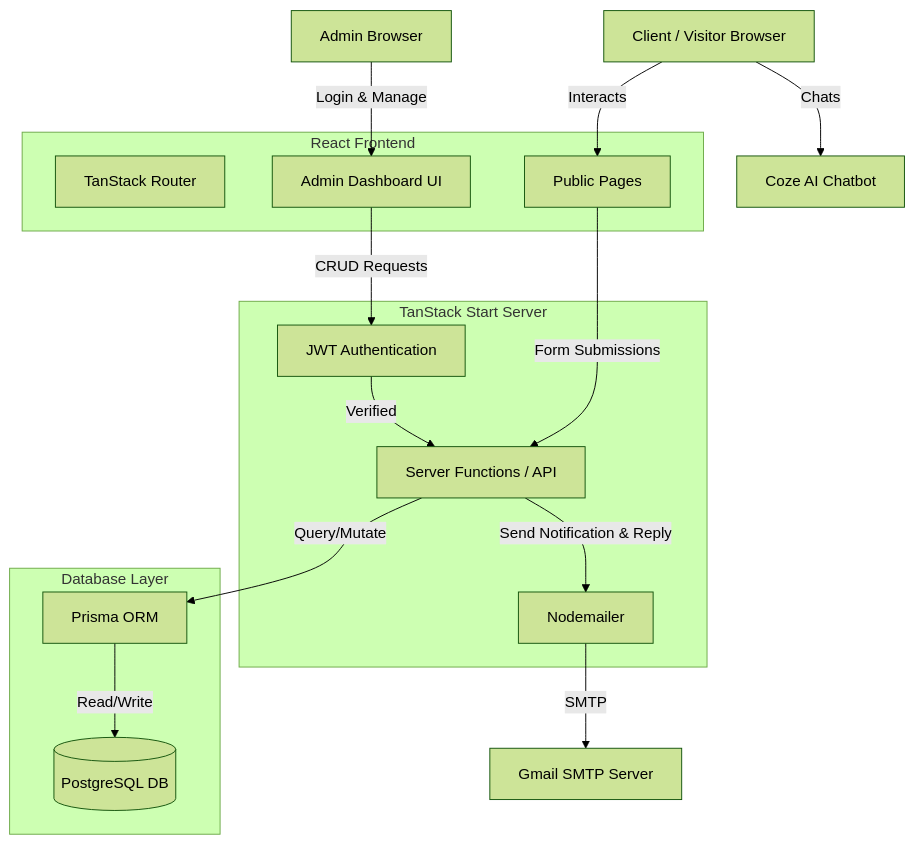
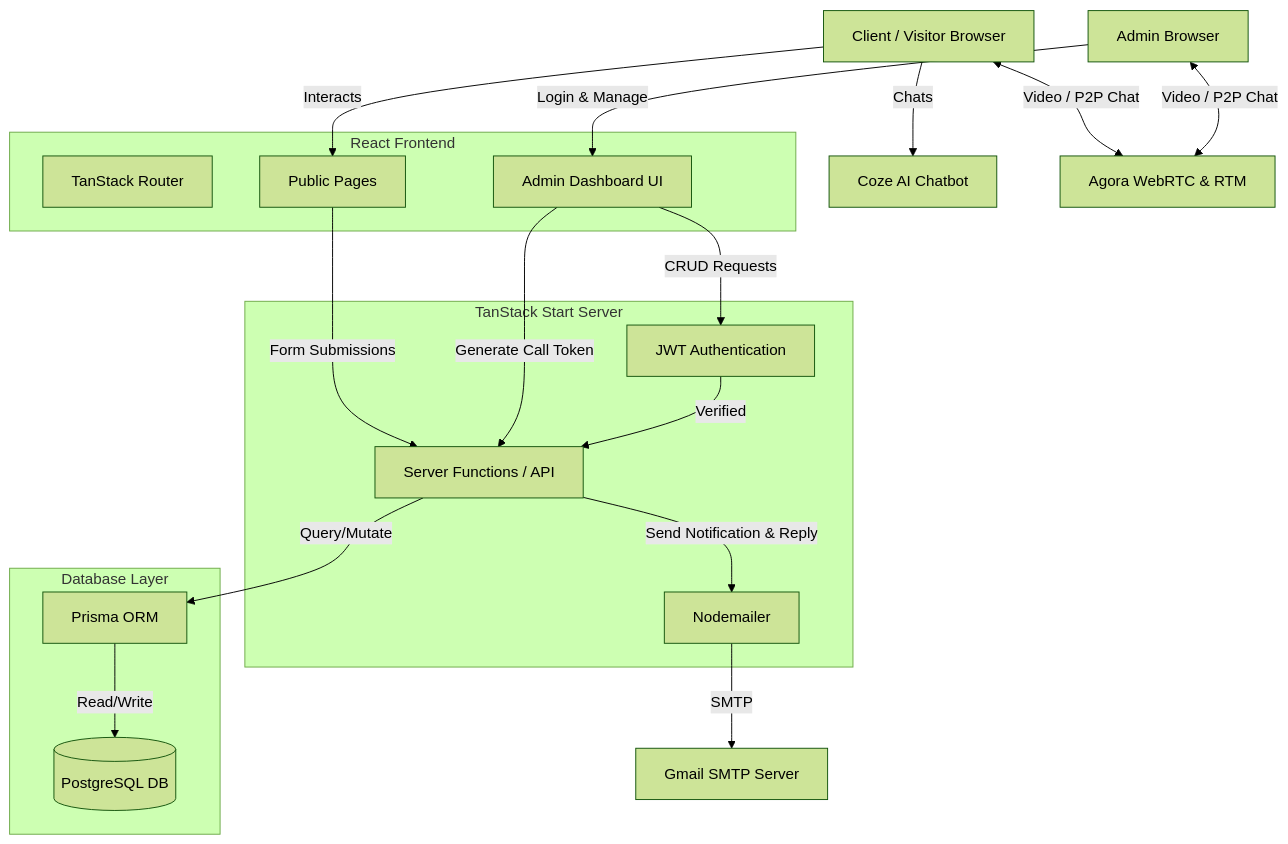
One commit to SayhamKayes/portfolio changed the diagram in README.md. Above: the diagram before and after it, drawn with Mermaid (forest theme).

Commit message:
docs: update system architecture to include Agora WebRTC

````diff
--- a/README.md
+++ b/README.md
@@ -59,45 +59,49 @@
 ```mermaid
 graph TD
     %% User Interfaces
     Client[Client / Visitor Browser]
     Admin[Admin Browser]
 
     %% Frontend App
     subgraph Frontend [React Frontend]
         Router[TanStack Router]
         Pages[Public Pages]
         AdminUI[Admin Dashboard UI]
     end
 
     %% Backend Server
     subgraph Backend [TanStack Start Server]
         ServerFns[Server Functions / API]
         Auth[JWT Authentication]
         Mailer[Nodemailer]
     end
 
     %% Database Layer
     subgraph Database Layer
         Prisma[Prisma ORM]
         Postgres[(PostgreSQL DB)]
     end
 
     %% External Services
     Coze[Coze AI Chatbot]
     Gmail[Gmail SMTP Server]
+    Agora[Agora WebRTC & RTM]
 
     %% Connections
     Client -->|Interacts| Pages
     Client -->|Chats| Coze
+    Client <-->|Video / P2P Chat| Agora
+    Admin <-->|Video / P2P Chat| Agora
     Admin -->|Login & Manage| AdminUI
 
     Pages -->|Form Submissions| ServerFns
     AdminUI -->|CRUD Requests| Auth
+    AdminUI -->|Generate Call Token| ServerFns
     Auth -->|Verified| ServerFns
 
     ServerFns -->|Query/Mutate| Prisma
     Prisma -->|Read/Write| Postgres
 
     ServerFns -->|Send Notification & Reply| Mailer
     Mailer -->|SMTP| Gmail
 ```
````
